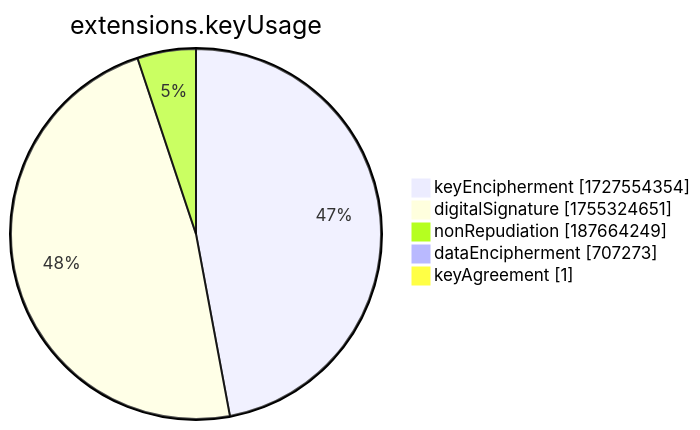
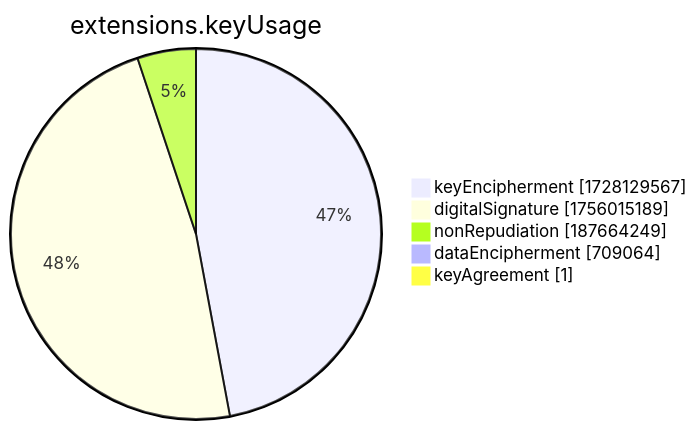
One commit to christiankrug/ctmonitor_visualization changed the seventh of 15 diagrams in xenon2022/README.md. Above: the diagram before and after it, drawn with Mermaid. The commit also changed other lines of this file, not shown here.

````diff
--- a/xenon2022/README.md
+++ b/xenon2022/README.md
@@ -2859,9 +2859,9 @@
 ```mermaid
 pie showData
 title extensions.keyUsage
-"keyEncipherment" :1727554354
-"digitalSignature" :1755324651
+"keyEncipherment" :1728129567
+"digitalSignature" :1756015189
 "nonRepudiation" :187664249
-"dataEncipherment" :707273
+"dataEncipherment" :709064
 "keyAgreement" :1
 ```
````
